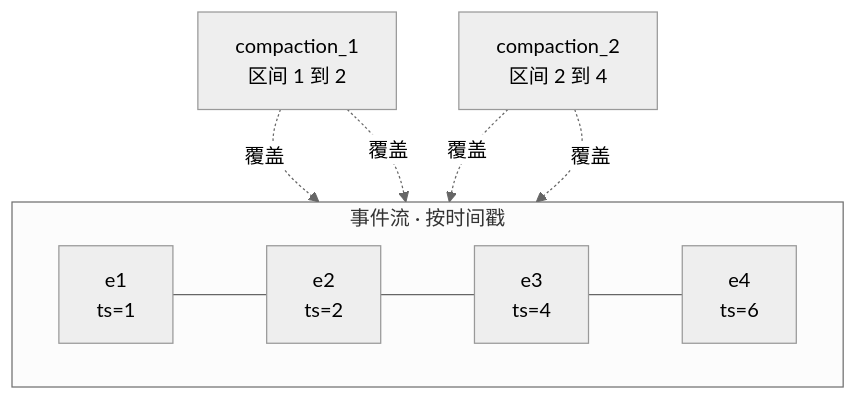
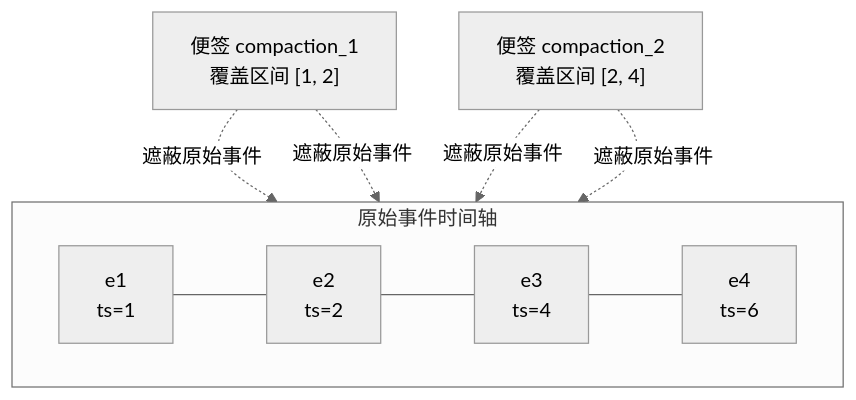
Before and after one commit to caiboyang/ML-learning: diagram 14 of 19 in agent-context-compression/Agent_Context_Compression_Research.md, drawn with Mermaid (neutral theme). The commit also changed other lines of this file and 4 other files, not shown here.

````diff
--- a/agent-context-compression/Agent_Context_Compression_Research.md
+++ b/agent-context-compression/Agent_Context_Compression_Research.md
@@ -2150,13 +2202,13 @@
 ```mermaid
 flowchart TD
-    subgraph EV["事件流 · 按时间戳"]
+    subgraph EV["原始事件时间轴"]
         direction LR
         e1["e1<br/>ts=1"] --- e2["e2<br/>ts=2"] --- e3["e3<br/>ts=4"] --- e4["e4<br/>ts=6"]
     end
-    c1["compaction_1<br/>区间 1 到 2"]
-    c2["compaction_2<br/>区间 2 到 4"]
-    c1 -.->|"覆盖"| e1
-    c1 -.->|"覆盖"| e2
-    c2 -.->|"覆盖"| e2
-    c2 -.->|"覆盖"| e3
+    c1["便签 compaction_1<br/>覆盖区间 [1, 2]"]
+    c2["便签 compaction_2<br/>覆盖区间 [2, 4]"]
+    c1 -.->|"遮蔽原始事件"| e1
+    c1 -.->|"遮蔽原始事件"| e2
+    c2 -.->|"遮蔽原始事件"| e2
+    c2 -.->|"遮蔽原始事件"| e3
 ```
````
